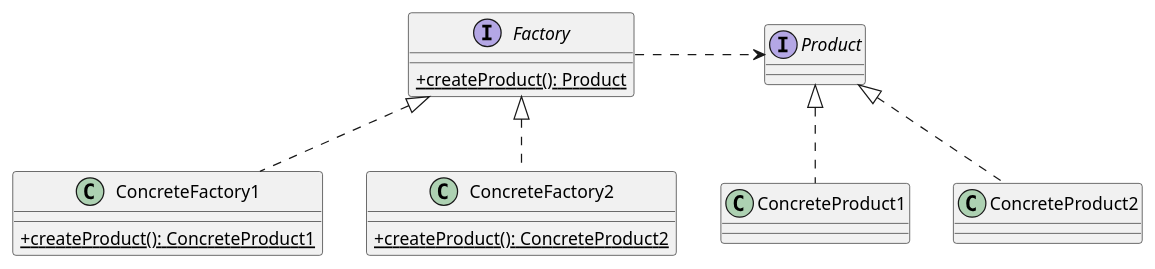
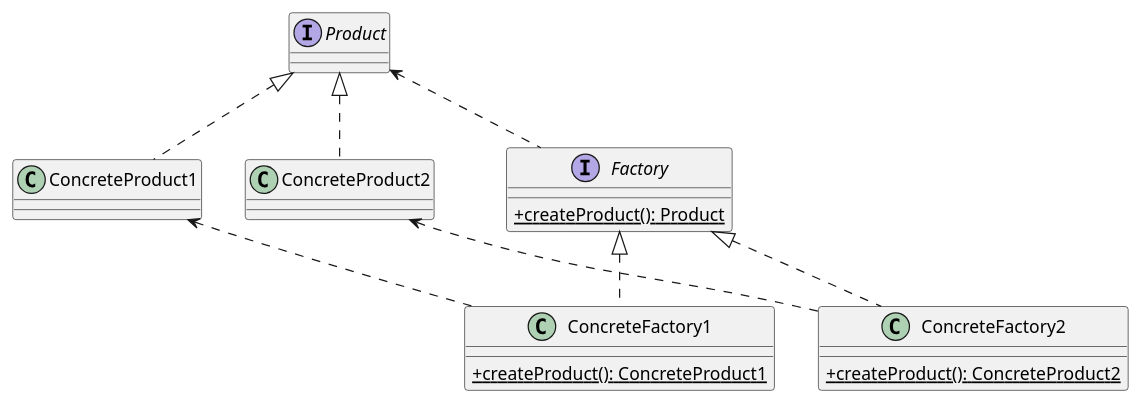
The diagram in docs/编程基础/设计模式/01创建型/03工厂方法.pu (awamwang/develop-knowledge-graphic), drawn with PlantUML before and after one commit. The commit also changed 28 other files, not shown here.

```diff
--- a/docs/编程基础/设计模式/01创建型/03工厂方法.pu
+++ b/docs/编程基础/设计模式/01创建型/03工厂方法.pu
@@ -1,26 +1,24 @@
 @startuml 工厂方法
 skinparam classAttributeIconSize 0
 
 together {
   interface Factory {
     +{static} createProduct(): Product
   }
-  class ConcreteFactory1 {
+  class ConcreteFactory1 implements Factory {
     +{static} createProduct(): ConcreteProduct1
   }
-  class ConcreteFactory2 {
+  class ConcreteFactory2 implements Factory {
     +{static} createProduct(): ConcreteProduct2
   }
 }
 together {
   interface Product {}
-  class ConcreteProduct1 {}
-  class ConcreteProduct2 {}
+  class ConcreteProduct1 implements Product {}
+  class ConcreteProduct2 implements Product {}
 }
 
-Product <|.. ConcreteProduct1
-Product <|.. ConcreteProduct2
-Factory .> Product
-Factory <|.. ConcreteFactory1
-Factory <|.. ConcreteFactory2
+Product <.. Factory
+ConcreteProduct1 <.. ConcreteFactory1
+ConcreteProduct2 <.. ConcreteFactory2
 @enduml
```
